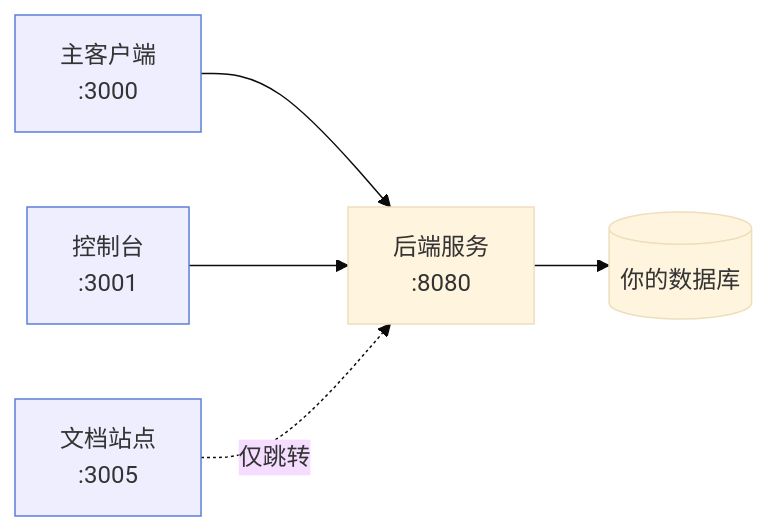
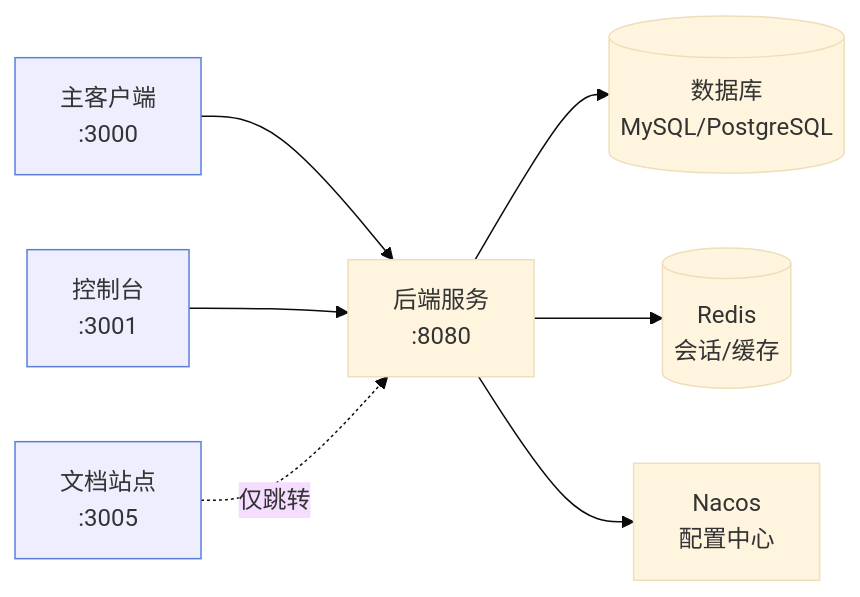
One commit to shixia9/MustBeTheSQL changed the diagram in sql-logic-docs/docs/getting-started/installation.md. Above: the diagram before and after it, drawn with Mermaid (base theme). The commit also changed other lines of this file and 11 other files, not shown here.

````diff
--- a/sql-logic-docs/docs/getting-started/installation.md
+++ b/sql-logic-docs/docs/getting-started/installation.md
@@ -11,10 +11,12 @@
 ```mermaid
 flowchart LR
   Client["主客户端<br/>:3000"] --> API["后端服务<br/>:8080"]
   Admin["控制台<br/>:3001"] --> API
-  API --> DB[("你的数据库")]
+  API --> DB[("数据库<br/>MySQL/PostgreSQL")]
+  API --> Redis[("Redis<br/>会话/缓存")]
+  API --> Nacos["Nacos<br/>配置中心"]
   Docs["文档站点<br/>:3005"] -.仅跳转.-> API
   style Client fill:#eef,stroke:#5b7fd9
   style Admin fill:#eef,stroke:#5b7fd9
   style Docs fill:#eef,stroke:#5b7fd9
 ```
````
